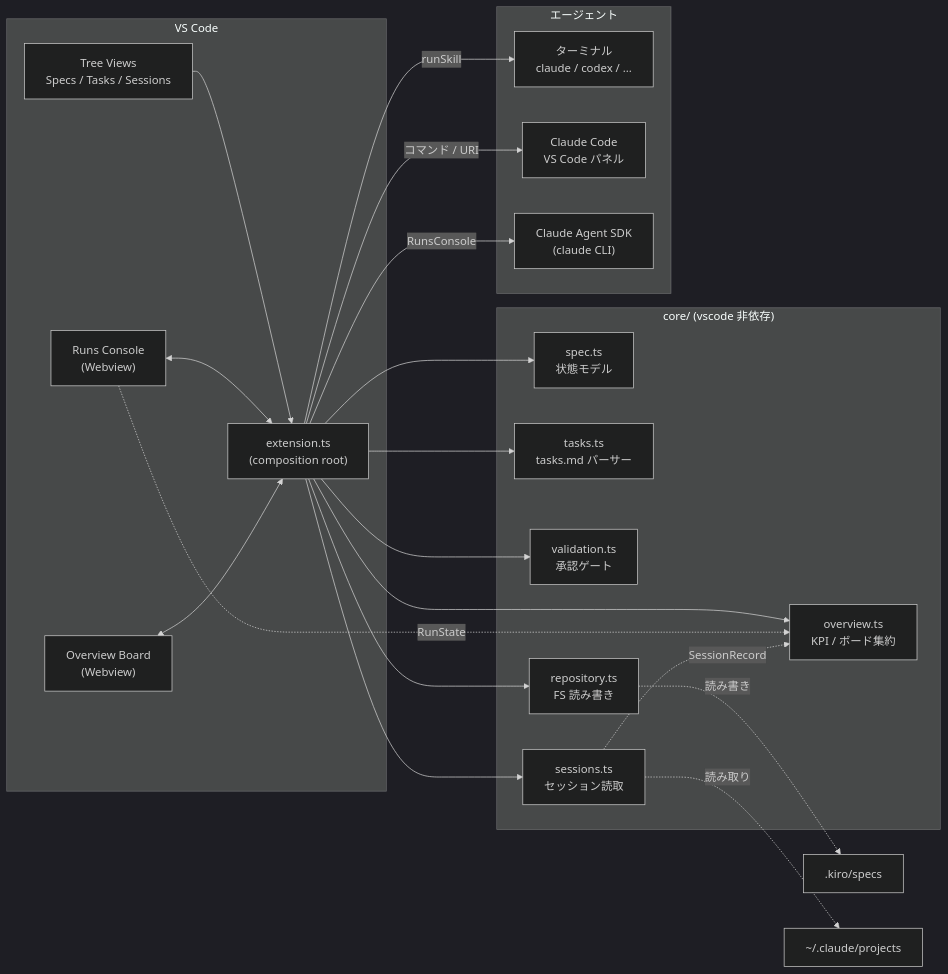
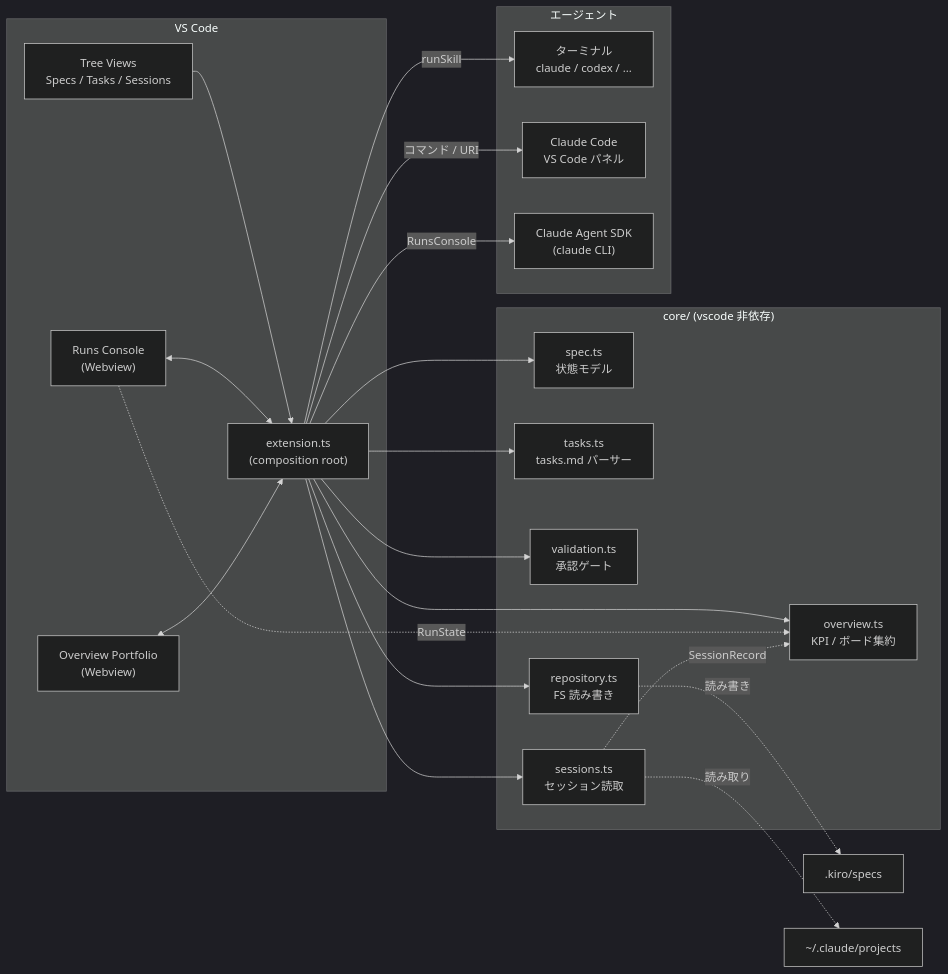
The diagram in docs/README.md (Tomatio13/cc-sdd-vscode-extension), drawn with Mermaid (dark theme) before and after one commit. The commit also changed other lines of this file and 27 other files, not shown here.

````diff
--- a/docs/README.md
+++ b/docs/README.md
@@ -36,37 +37,37 @@
 ```mermaid
 flowchart LR
   subgraph VSCode["VS Code"]
     UI["Tree Views<br/>Specs / Tasks / Sessions"]
     CONSOLE["Runs Console<br/>(Webview)"]
-    OVERVIEW["Overview Board<br/>(Webview)"]
+    OVERVIEW["Overview Portfolio<br/>(Webview)"]
     EXT["extension.ts<br/>(composition root)"]
   end
 
   subgraph core["core/ (vscode 非依存)"]
     SPEC["spec.ts<br/>状態モデル"]
     TASKS["tasks.ts<br/>tasks.md パーサー"]
     VALID["validation.ts<br/>承認ゲート"]
     REPO["repository.ts<br/>FS 読み書き"]
     SESS["sessions.ts<br/>セッション読取"]
     OV["overview.ts<br/>KPI / ボード集約"]
   end
 
   subgraph agent["エージェント"]
     TERM["ターミナル<br/>claude / codex / ..."]
     PANEL["Claude Code<br/>VS Code パネル"]
     SDK["Claude Agent SDK<br/>(claude CLI)"]
   end
 
   UI --> EXT
   CONSOLE <--> EXT
   OVERVIEW <--> EXT
   EXT --> SPEC & TASKS & VALID & REPO & SESS
   EXT --> OV
   CONSOLE -.RunState.-> OV
   SESS -.SessionRecord.-> OV
   EXT -->|runSkill| TERM
   EXT -->|コマンド / URI| PANEL
   EXT -->|RunsConsole| SDK
   REPO -.読み書き.-> KIRO[".kiro/specs"]
   SESS -.読み取り.-> CLAUDE["~/.claude/projects"]
 ```
````
